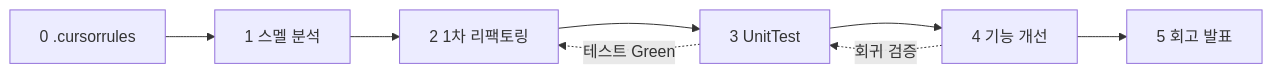
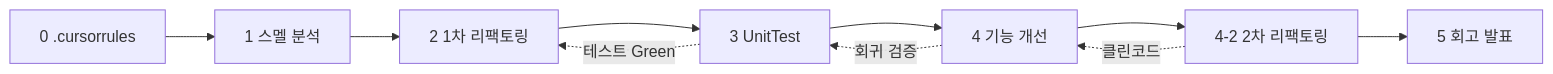
The diagram in 작업프롬프트/00.작업프롬프트_목차.md (antihu99/SHealth_01), drawn with Mermaid before and after one commit. The commit also changed other lines of this file and 14 other files, not shown here.

````diff
--- a/작업프롬프트/00.작업프롬프트_목차.md
+++ b/작업프롬프트/00.작업프롬프트_목차.md
@@ -72,12 +73,14 @@
 ```mermaid
 flowchart LR
   S0[0 .cursorrules]
   S1[1 스멜 분석]
   S2[2 1차 리팩토링]
   S3[3 UnitTest]
   S4[4 기능 개선]
+  S42[4-2 2차 리팩토링]
   S5[5 회고 발표]
-  S0 --> S1 --> S2 --> S3 --> S4 --> S5
+  S0 --> S1 --> S2 --> S3 --> S4 --> S42 --> S5
   S3 -.->|테스트 Green| S2
   S4 -.->|회귀 검증| S3
+  S42 -.->|클린코드| S4
 ```
````
